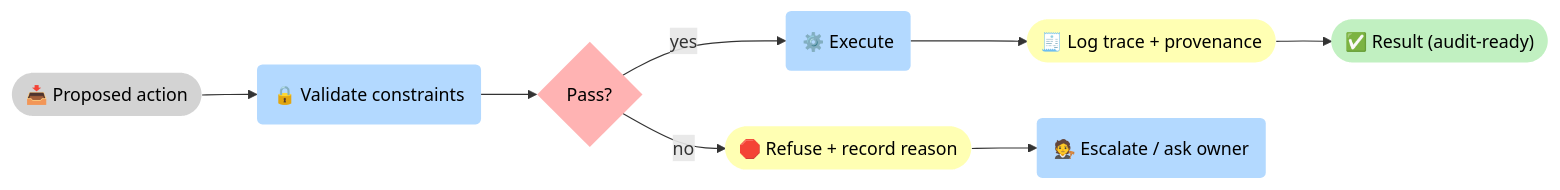
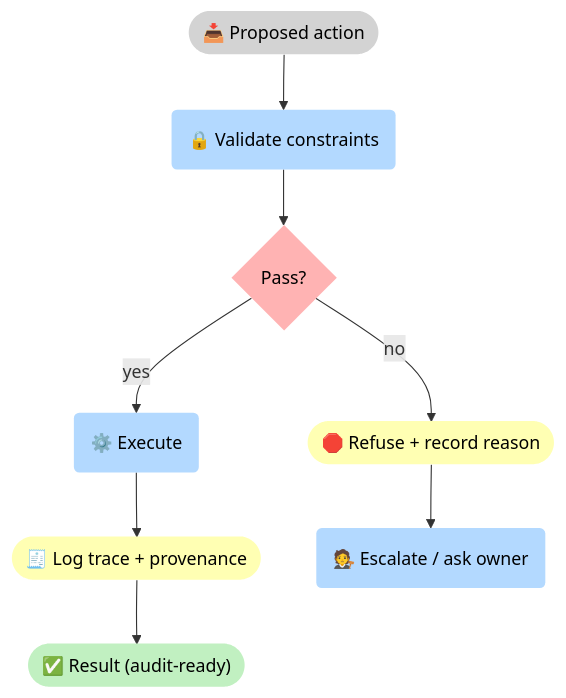
The second of 2 diagrams in docs/philosophy/ai-agent-vs-agentic-ai.md (5Reasons/5reasons.github.io), drawn with Mermaid before and after one commit. The commit also changed 5 other files, not shown here.

Commit message:
Refactor diagrams and images in philosophy documents for consistency: update flowchart direction, consolidate text, and adjust image placements across multiple files.

````diff
--- a/docs/philosophy/ai-agent-vs-agentic-ai.md
+++ b/docs/philosophy/ai-agent-vs-agentic-ai.md
@@ -116,28 +116,28 @@
 ```mermaid
-flowchart LR
+flowchart TB
 %% Styles (brModel Standard)
 classDef i fill:#D3D3D3,stroke-width:0px,color:#000;
 classDef p fill:#B3D9FF,stroke-width:0px,color:#000;
 classDef r fill:#FFFFB3,stroke-width:0px,color:#000;
 classDef o fill:#C1F0C1,stroke-width:0px,color:#000;
 classDef s fill:#FFB3B3,stroke-width:0px,color:#000;
 
 I_Action(["📥 Proposed action"]):::i
 P_Validate("🔒 Validate constraints"):::p
 G_OK{"Pass?"}:::s
 P_Exec("⚙️ Execute"):::p
 R_Log(["🧾 Log trace + provenance"]):::r
 O_Done(["✅ Result (audit-ready)"]):::o
 
 R_Refusal(["🛑 Refuse + record reason"]):::r
 P_Esc("🧑‍⚖️ Escalate / ask owner"):::p
 
 I_Action --> P_Validate --> G_OK
 G_OK -->|"yes"| P_Exec --> R_Log --> O_Done
 G_OK -->|"no"| R_Refusal --> P_Esc
 
 %% Clickable nodes
 click P_Validate "/methodology/constraints/" "Constraints & SHACL"
 click R_Log "/reasoners/governance/" "Governance"
 click P_Esc "/services/start/" "Start a conversation"
 ```
````
